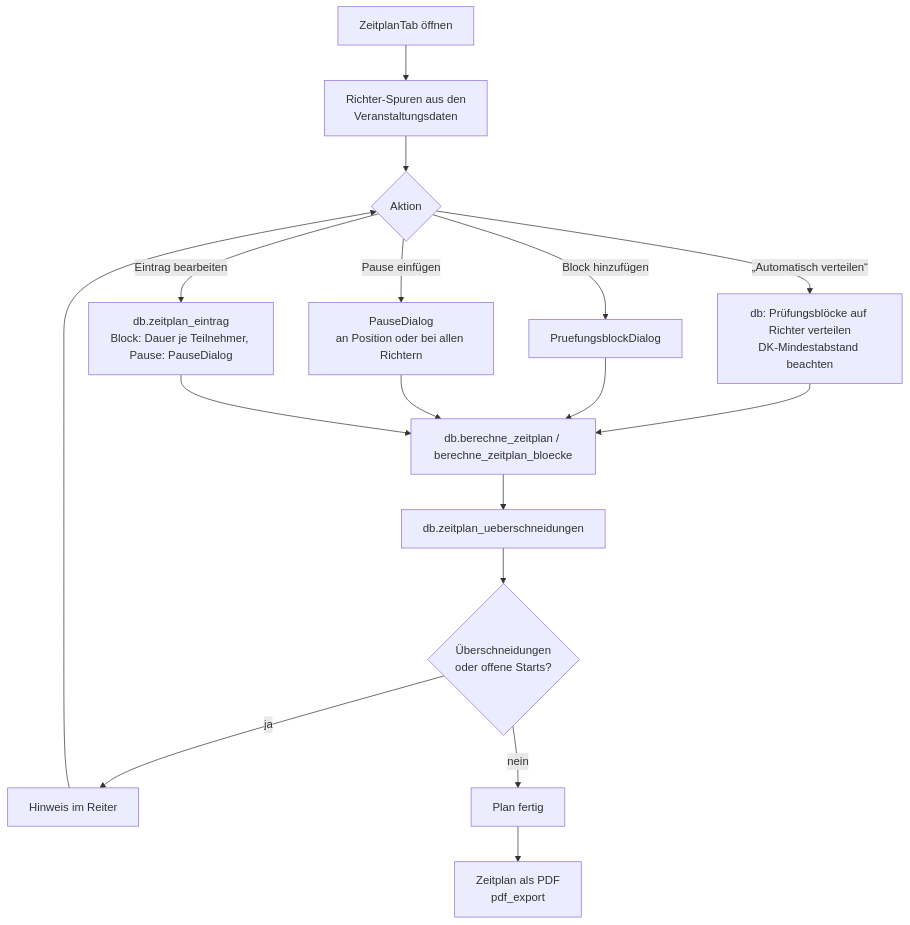
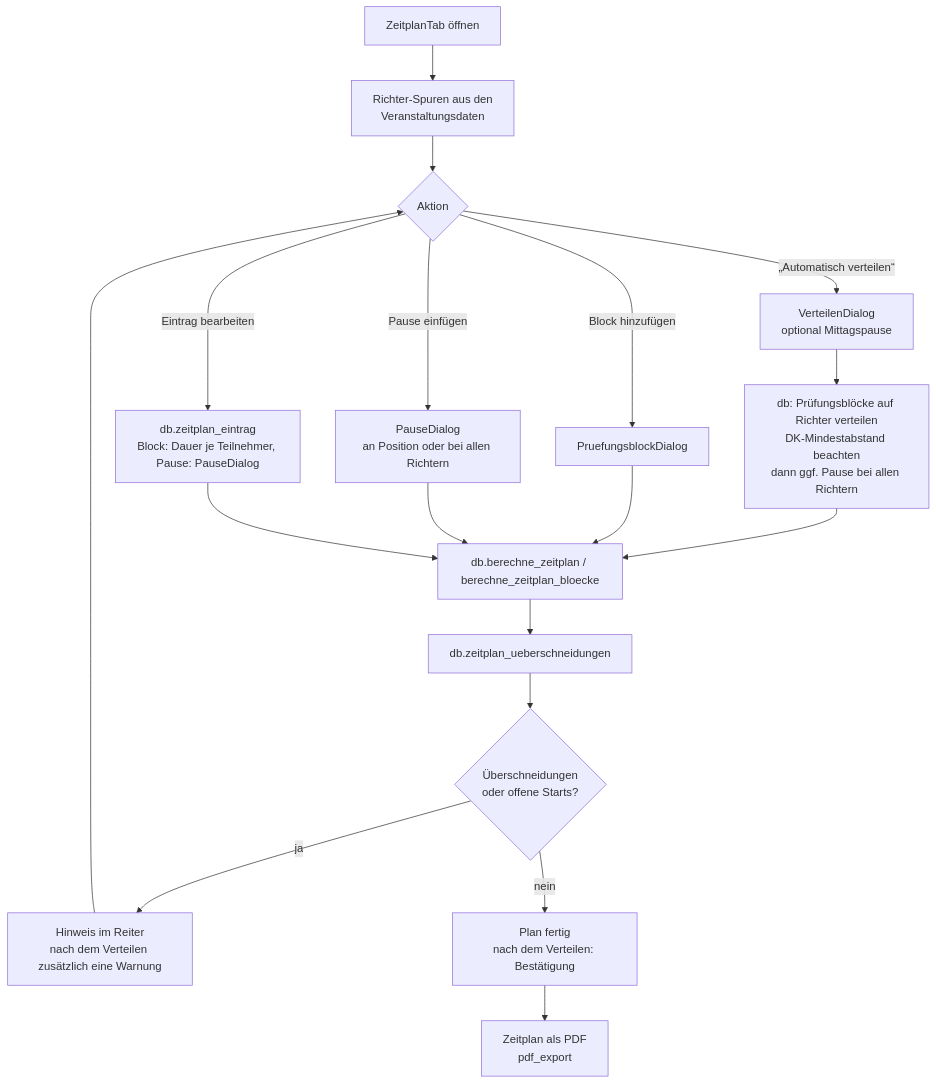
Before and after one commit to mbruver-source/SHS: the seventh of 13 diagrams in UML.md, drawn with Mermaid. The commit also changed 7 other files, not shown here.

First line of the commit message:
UX-Test 2026-11 B5: Automatisch verteilen mit Mittagspause und Bestaetigung

````diff
--- a/UML.md
+++ b/UML.md
@@ -407,16 +407,17 @@
 ```mermaid
 flowchart TD
     a[ZeitplanTab öffnen] --> b[Richter-Spuren aus den<br/>Veranstaltungsdaten]
     b --> c{Aktion}
-    c -->|„Automatisch verteilen“| d[db: Prüfungsblöcke auf Richter verteilen<br/>DK-Mindestabstand beachten]
+    c -->|„Automatisch verteilen“| v[VerteilenDialog<br/>optional Mittagspause]
+    v --> d[db: Prüfungsblöcke auf Richter verteilen<br/>DK-Mindestabstand beachten<br/>dann ggf. Pause bei allen Richtern]
     c -->|Block hinzufügen| e[PruefungsblockDialog]
     c -->|Pause einfügen| f[PauseDialog<br/>an Position oder bei allen Richtern]
     c -->|Eintrag bearbeiten| m[db.zeitplan_eintrag<br/>Block: Dauer je Teilnehmer, Pause: PauseDialog]
     d & e & f & m --> g[db.berechne_zeitplan / berechne_zeitplan_bloecke]
     g --> h[db.zeitplan_ueberschneidungen]
     h --> i{Überschneidungen<br/>oder offene Starts?}
-    i -->|ja| j[Hinweis im Reiter]
-    i -->|nein| k[Plan fertig]
+    i -->|ja| j[Hinweis im Reiter<br/>nach dem Verteilen zusätzlich eine Warnung]
+    i -->|nein| k[Plan fertig<br/>nach dem Verteilen: Bestätigung]
     j --> c
     k --> l[Zeitplan als PDF<br/>pdf_export]
 ```
````
